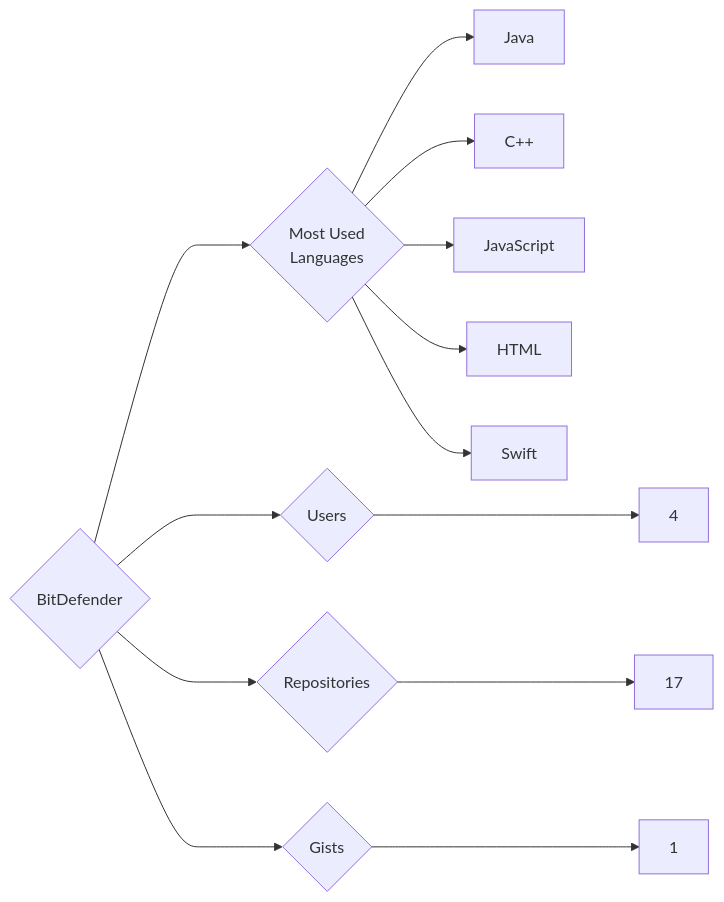
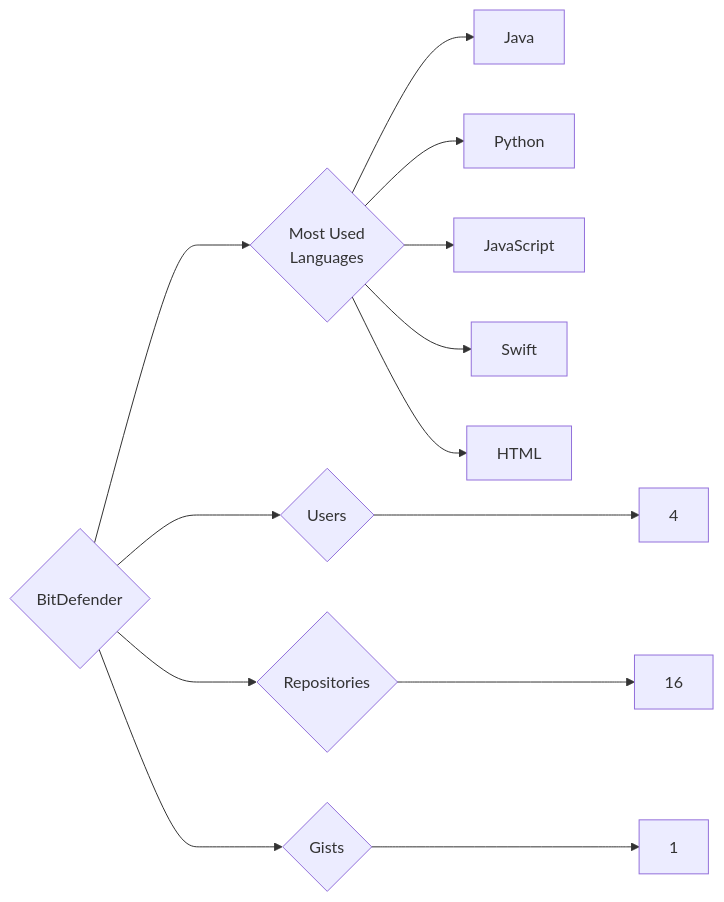
Before and after one commit to trickest/insiders: the diagram in targets/BitDefender/README.md, drawn with Mermaid. The commit also changed 1149 other files, not shown here.

````diff
--- a/targets/BitDefender/README.md
+++ b/targets/BitDefender/README.md
@@ -3,13 +3,13 @@
 ```mermaid
 graph LR
 COMPANY_NAME{BitDefender}
 COMPANY_NAME ---> U{Users} ---> UN[4]
-COMPANY_NAME ---> R{Repositories} ---> RN[17]
+COMPANY_NAME ---> R{Repositories} ---> RN[16]
 COMPANY_NAME ---> G{Gists} ---> GN[1]
 COMPANY_NAME ---> ML{Most Used<br>Languages}
 ML --> Java[Java]
-ML --> C++[C++]
+ML --> Python[Python]
 ML --> JavaScript[JavaScript]
+ML --> Swift[Swift]
 ML --> HTML[HTML]
-ML --> Swift[Swift]
 ```
````
